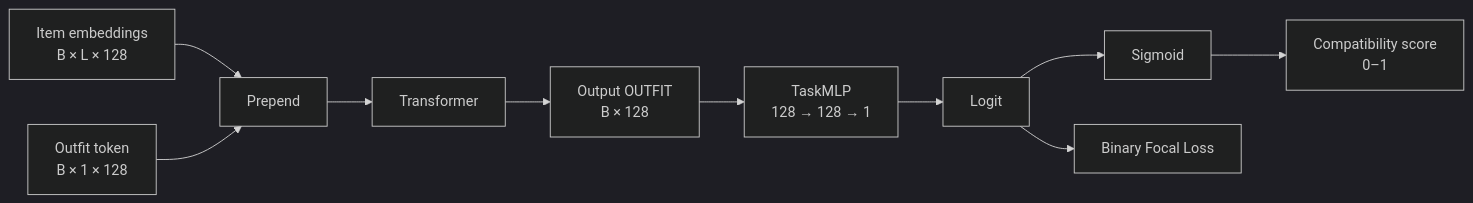
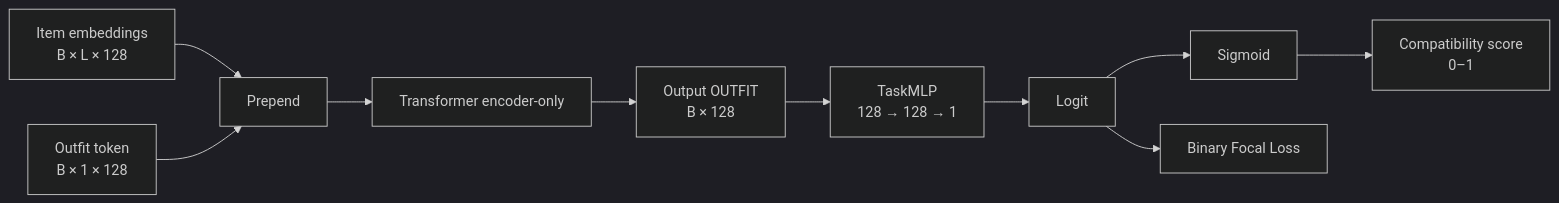
Before and after one commit to FlorindoDev/OutfitTransformer: the diagram in model/cp/README.md, drawn with Mermaid (dark theme). The commit also changed other lines of this file and 2 other files, not shown here.

````diff
--- a/model/cp/README.md
+++ b/model/cp/README.md
@@ -29,14 +28,14 @@
 ```mermaid
 flowchart LR
     A["Item embeddings<br/>B × L × 128"]
     B["Outfit token<br/>B × 1 × 128"]
     A --> C["Prepend"]
     B --> C
-    C --> D["Transformer"]
+    C --> D["Transformer encoder-only"]
     D --> E["Output OUTFIT<br/>B × 128"]
     E --> F["TaskMLP<br/>128 → 128 → 1"]
     F --> G["Logit"]
     G --> H["Sigmoid"]
     H --> I["Compatibility score<br/>0–1"]
     G --> J["Binary Focal Loss"]
 ```
````
